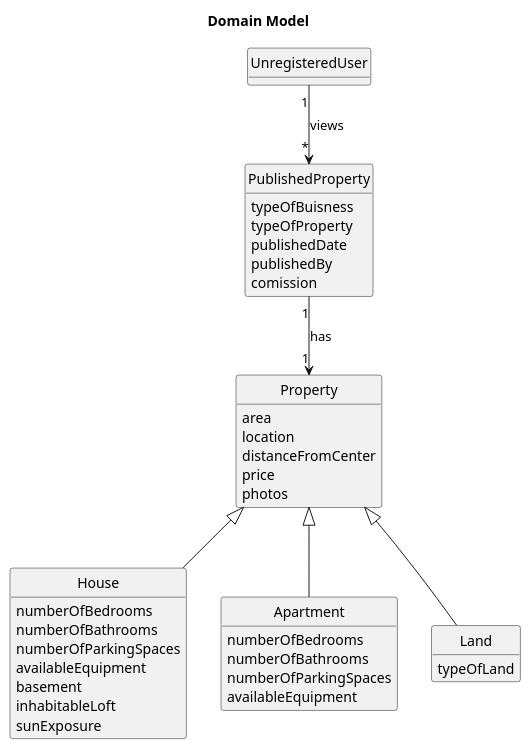
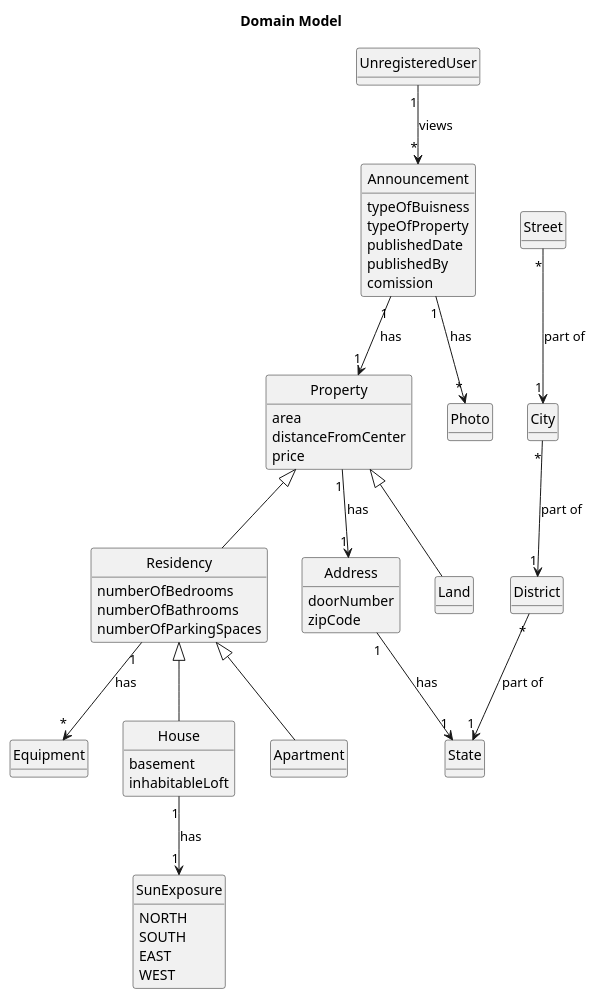
The diagram in docs/sprintB/us001/02.analysis/puml/us001-domain-model.puml (Goncalves2525/real-estate-management-system), drawn with PlantUML before and after one commit. The commit also changed 37 other files, not shown here.

```diff
--- a/docs/sprintB/us001/02.analysis/puml/us001-domain-model.puml
+++ b/docs/sprintB/us001/02.analysis/puml/us001-domain-model.puml
@@ -1,62 +1,96 @@
 @startuml
 skinparam monochrome true
 skinparam packageStyle rectangle
 skinparam shadowing false
 'skinparam linetype ortho
 'left to right direction
 
 skinparam classAttributeIconSize 0
 'skinparam groupInheritance 2
 
 hide circle
 hide methods
 
 title Domain Model
 
 
 class UnregisteredUser{
 
 }
 
+class SunExposure{
+    NORTH
+    SOUTH
+    EAST
+    WEST
+}
+
+class Equipment{
+}
+
+class Residency extends Property{
+    numberOfBedrooms
+    numberOfBathrooms
+    numberOfParkingSpaces
+}
+
 class Property{
     area
-    location
     distanceFromCenter
     price
-    photos
 }
 
-class PublishedProperty{
+class Announcement{
     typeOfBuisness
     typeOfProperty
     publishedDate
     publishedBy
     comission
 }
 
-class House extends Property{
-        numberOfBedrooms
-        numberOfBathrooms
-        numberOfParkingSpaces
-        availableEquipment
+class House extends Residency{
         basement
         inhabitableLoft
-        sunExposure
 }
 
-class Apartment extends Property{
-        numberOfBedrooms
-        numberOfBathrooms
-        numberOfParkingSpaces
-        availableEquipment
+class Address{
+    doorNumber
+    zipCode
+}
+
+class Apartment extends Residency{
+
 }
 
 class Land extends Property{
-    typeOfLand
+
 }
 
-UnregisteredUser "1" --> "*" PublishedProperty : views
-PublishedProperty "1" --> "1" Property : has
+class State{
+}
+
+class District{
+}
+
+class City{
+}
+
+class Street{
+}
+
+class Photo{
+}
+
+UnregisteredUser "1" --> "*" Announcement : views
+Announcement "1" --> "1" Property : has
+Residency "1" --> "*" Equipment : has
+House "1" --> "1" SunExposure : has
+Property "1" --> "1" Address : has
+Address "1" --> "1" State : has
+District "*" --> "1" State : part of
+City "*" --> "1" District : part of
+Street "*" --> "1" City : part of
+Announcement "1" --> "*" Photo : has
 
 
 @enduml
```
